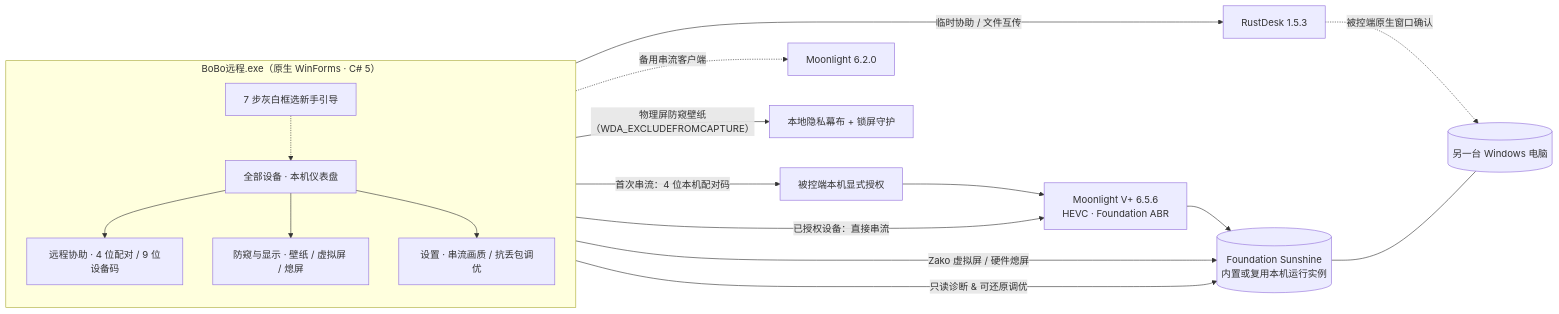
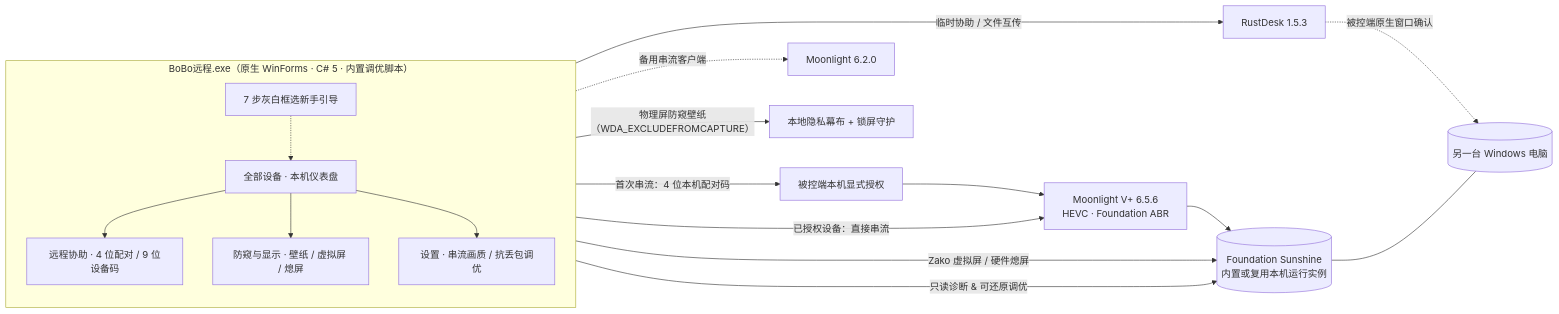
The diagram in README.md (Gluxggg/BoBo-Remote), drawn with Mermaid before and after one commit. The commit also changed other lines of this file and 8 other files, not shown here.

First line of the commit message:
发布 v4.1.0：仓库更名为 BoBo Remote、新增图形化单文件安装包并内嵌核心调优脚本

````diff
--- a/README.md
+++ b/README.md
@@ -51,24 +51,24 @@
 ```mermaid
 flowchart LR
-  subgraph L["BoBo远程.exe（原生 WinForms · C# 5）"]
+  subgraph L["BoBo远程.exe（原生 WinForms · C# 5 · 内置调优脚本）"]
     direction TB
     G["7 步灰白框选新手引导"] -.-> A["全部设备 · 本机仪表盘"]
     A --> B["远程协助 · 4 位配对 / 9 位设备码"]
     A --> C["防窥与显示 · 壁纸 / 虚拟屏 / 熄屏"]
     A --> D["设置 · 串流画质 / 抗丢包调优"]
   end
 
   B -->|"已授权设备：直接串流"| V["Moonlight V+ 6.5.6<br/>HEVC · Foundation ABR"]
   B -->|"首次串流：4 位本机配对码"| P["被控端本机显式授权"]
   P --> V
   B -.->|"备用串流客户端"| M["Moonlight 6.2.0"]
   B -->|"临时协助 / 文件互传"| R["RustDesk 1.5.3"]
 
   C -->|"物理屏防窥壁纸（WDA_EXCLUDEFROMCAPTURE）"| W["本地隐私幕布 + 锁屏守护"]
   C -->|"Zako 虚拟屏 / 硬件熄屏"| S[("Foundation Sunshine<br/>内置或复用本机运行实例")]
   D -->|"只读诊断 & 可还原调优"| S
 
   V --> S
   R -.->|"被控端原生窗口确认"| H[("另一台 Windows 电脑")]
   S --- H
 ```
````
